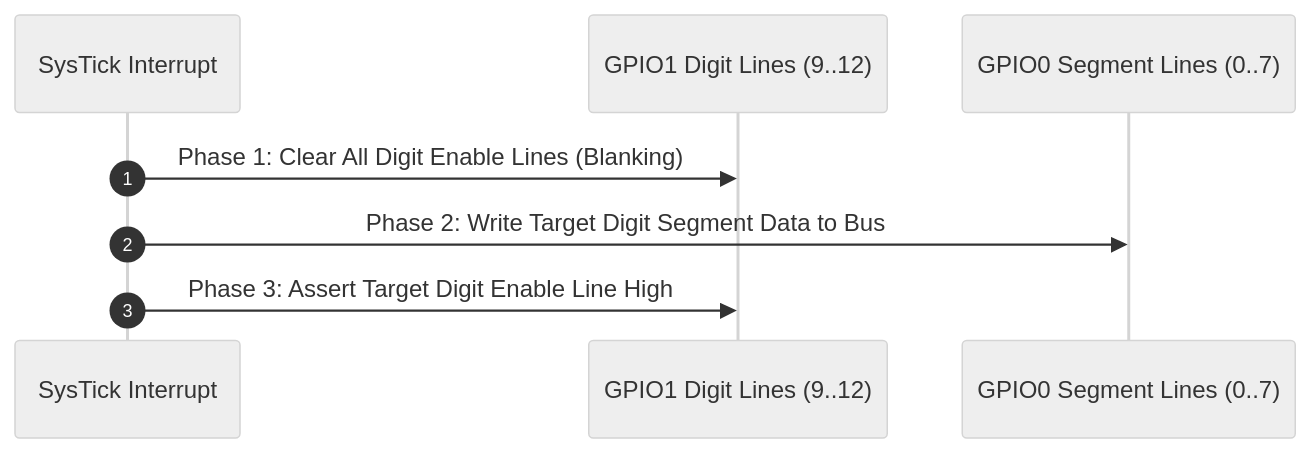
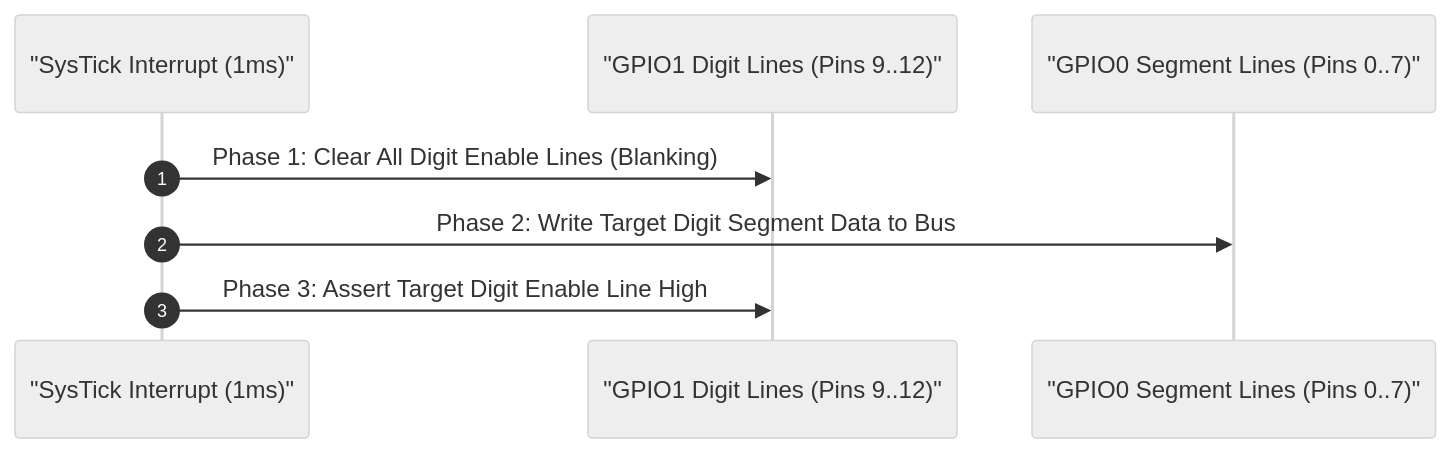
Before and after one commit to zok213/porygon: the fourth of 4 diagrams in MCU_Contest_2026/README.md, drawn with Mermaid (neutral theme). The commit also changed other lines of this file and 1 other file, not shown here.

Commit message:
docs: Update READMEs with complete contest specifications, scoring matrix, and fixed Mermaid rendering syntax

````diff
--- a/MCU_Contest_2026/README.md
+++ b/MCU_Contest_2026/README.md
@@ -99,11 +112,11 @@
 ```mermaid
 sequenceDiagram
     autonumber
-    participant ISR as SysTick Interrupt
-    participant DigitBus as GPIO1 Digit Lines (9..12)
-    participant SegBus as GPIO0 Segment Lines (0..7)
+    participant ISR as "SysTick Interrupt (1ms)"
+    participant DigitBus as "GPIO1 Digit Lines (Pins 9..12)"
+    participant SegBus as "GPIO0 Segment Lines (Pins 0..7)"
 
     ISR->>DigitBus: Phase 1: Clear All Digit Enable Lines (Blanking)
     ISR->>SegBus: Phase 2: Write Target Digit Segment Data to Bus
     ISR->>DigitBus: Phase 3: Assert Target Digit Enable Line High
 ```
````
